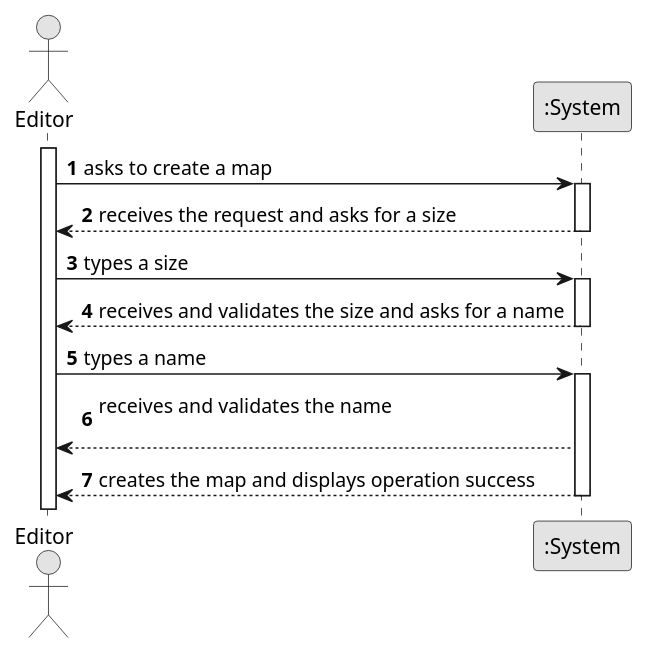
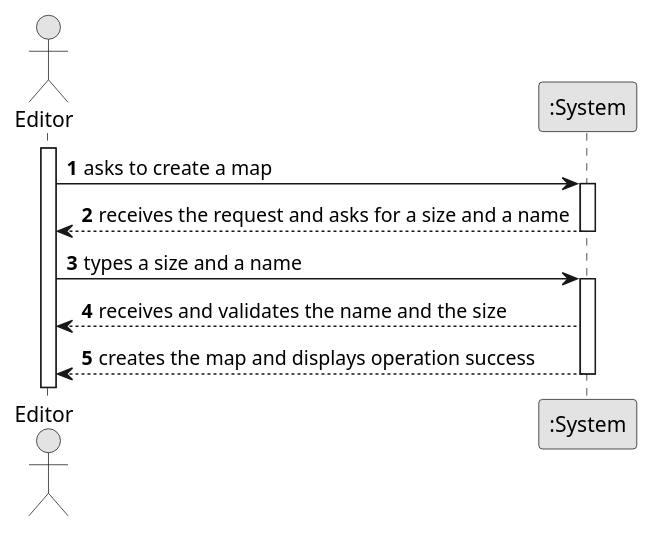
The diagram in docsFinais/US001/01.requirements-engineering/puml/US001-SSD.puml (1240935/pi2-railway-simulator), drawn with PlantUML before and after one commit. The commit also changed 2 other files, not shown here.

```diff
--- a/docsFinais/US001/01.requirements-engineering/puml/US001-SSD.puml
+++ b/docsFinais/US001/01.requirements-engineering/puml/US001-SSD.puml
@@ -1,33 +1,27 @@
 @startuml
 skinparam monochrome true
 skinparam packageStyle rectangle
 skinparam shadowing false
 
 autonumber
 
 actor "Editor" as Editor
 participant ":System" as System
 
 activate Editor
 
     Editor -> System : asks to create a map
     activate System
 
-        System --> Editor : receives the request and asks for a size
+        System --> Editor : receives the request and asks for a size and a name
     deactivate System
 
-    Editor -> System : types a size
+    Editor -> System : types a size and a name
     activate System
 
-        System --> Editor : receives and validates the size and asks for a name
-    deactivate System
-
-    Editor -> System : types a name
-    activate System
-
-        System --> Editor : receives and validates the name \n
+        System --> Editor : receives and validates the name and the size
         System --> Editor : creates the map and displays operation success
     deactivate System
 
 
 @enduml
```
